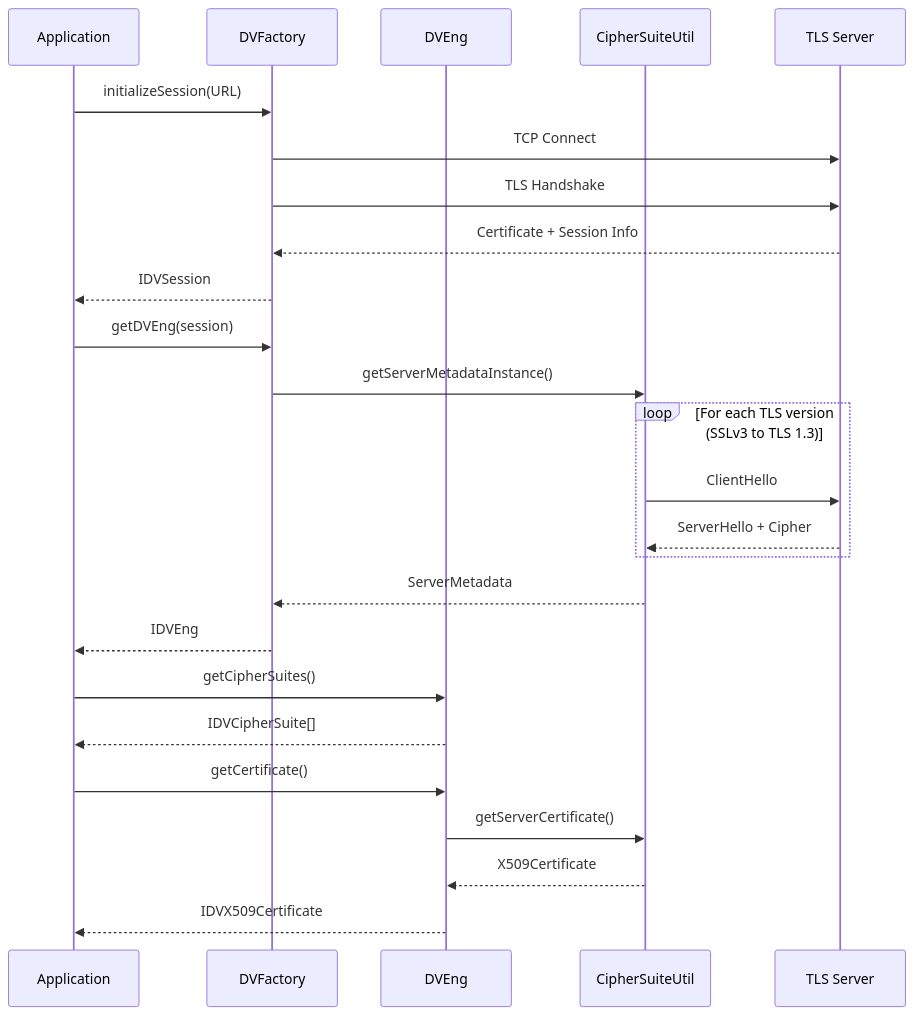
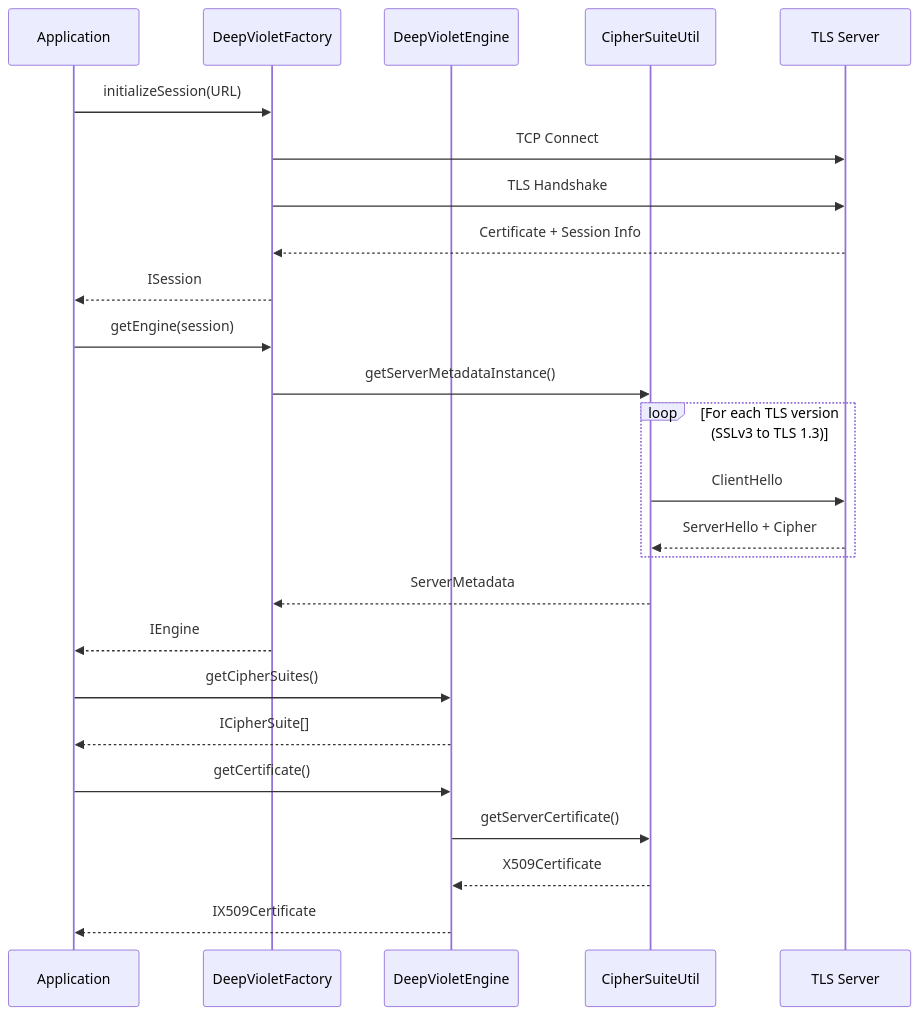
One commit to spoofzu/DeepViolet changed the second of 3 diagrams in docs/DeepViolet.md. Above: the diagram before and after it, drawn with Mermaid. The commit also changed other lines of this file and 399 other files, not shown here.

````diff
--- a/docs/DeepViolet.md
+++ b/docs/DeepViolet.md
@@ -224,33 +481,33 @@
 ```mermaid
 sequenceDiagram
     participant App as Application
-    participant DVF as DVFactory
-    participant DVE as DVEng
+    participant DVF as DeepVioletFactory
+    participant DVE as DeepVioletEngine
     participant CSU as CipherSuiteUtil
     participant Server as TLS Server
 
     App->>DVF: initializeSession(URL)
     DVF->>Server: TCP Connect
     DVF->>Server: TLS Handshake
     Server-->>DVF: Certificate + Session Info
-    DVF-->>App: IDVSession
+    DVF-->>App: ISession
 
-    App->>DVF: getDVEng(session)
+    App->>DVF: getEngine(session)
     DVF->>CSU: getServerMetadataInstance()
 
     loop For each TLS version (SSLv3 to TLS 1.3)
         CSU->>Server: ClientHello
         Server-->>CSU: ServerHello + Cipher
     end
 
     CSU-->>DVF: ServerMetadata
-    DVF-->>App: IDVEng
+    DVF-->>App: IEngine
 
     App->>DVE: getCipherSuites()
-    DVE-->>App: IDVCipherSuite[]
+    DVE-->>App: ICipherSuite[]
 
     App->>DVE: getCertificate()
     DVE->>CSU: getServerCertificate()
     CSU-->>DVE: X509Certificate
-    DVE-->>App: IDVX509Certificate
+    DVE-->>App: IX509Certificate
 ```
````
